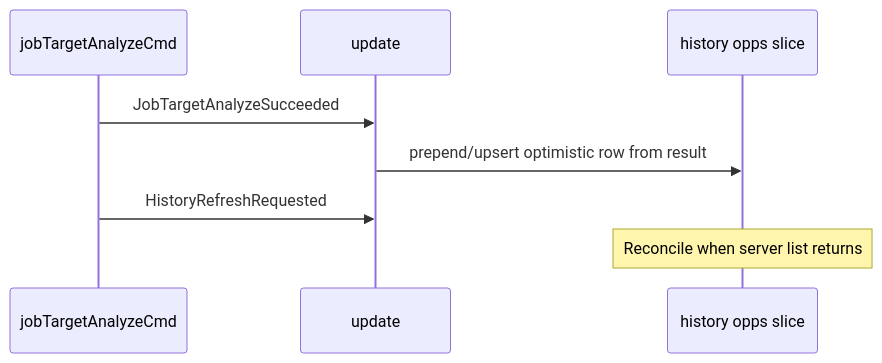
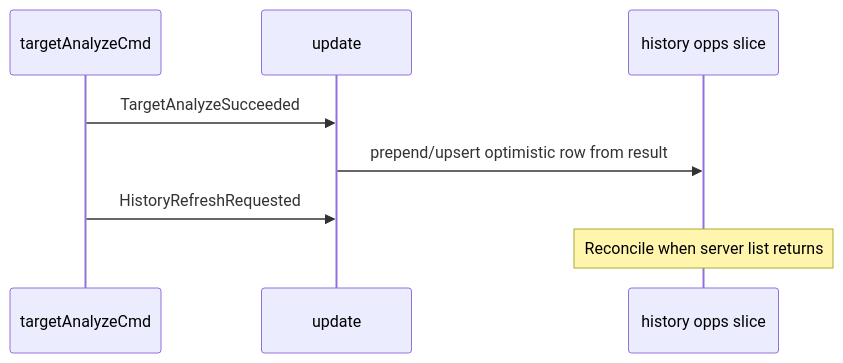
One commit to p10ns11y/collab-finder changed the eighth of 16 diagrams in reports/batch-2-engineering-blueprints.md. Above: the diagram before and after it, drawn with Mermaid. The commit also changed other lines of this file and 2 other files, not shown here.

````diff
--- a/reports/batch-2-engineering-blueprints.md
+++ b/reports/batch-2-engineering-blueprints.md
@@ -226,11 +226,11 @@
 ```mermaid
 sequenceDiagram
-  participant E as jobTargetAnalyzeCmd
+  participant E as targetAnalyzeCmd
   participant U as update
   participant H as history opps slice
 
-  E->>U: JobTargetAnalyzeSucceeded
+  E->>U: TargetAnalyzeSucceeded
   U->>H: prepend/upsert optimistic row from result
   E->>U: HistoryRefreshRequested
   Note over H: Reconcile when server list returns
 ```
````
